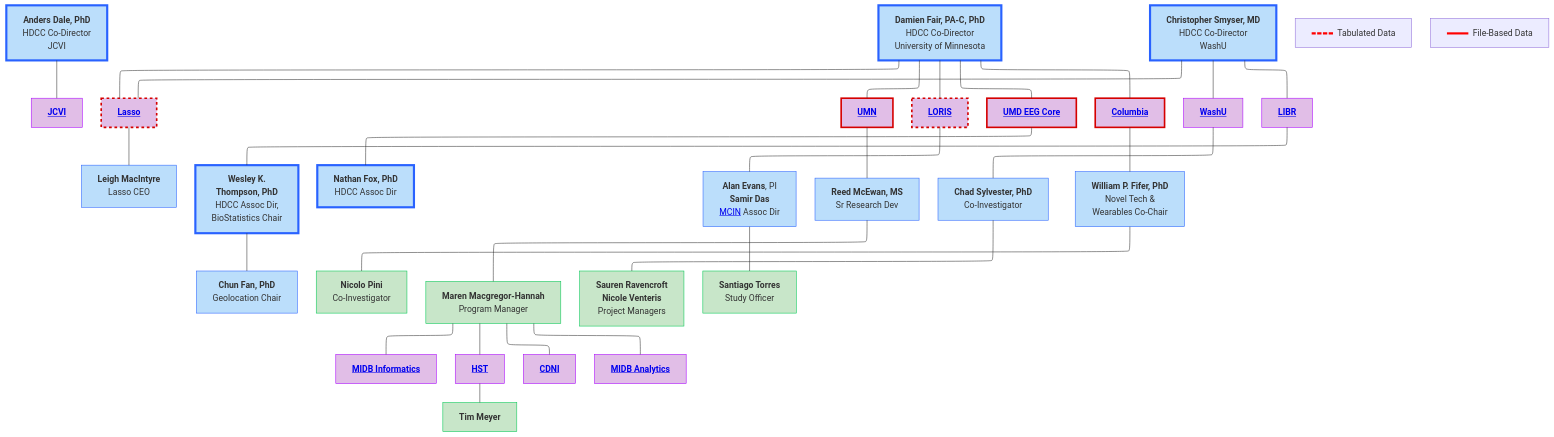
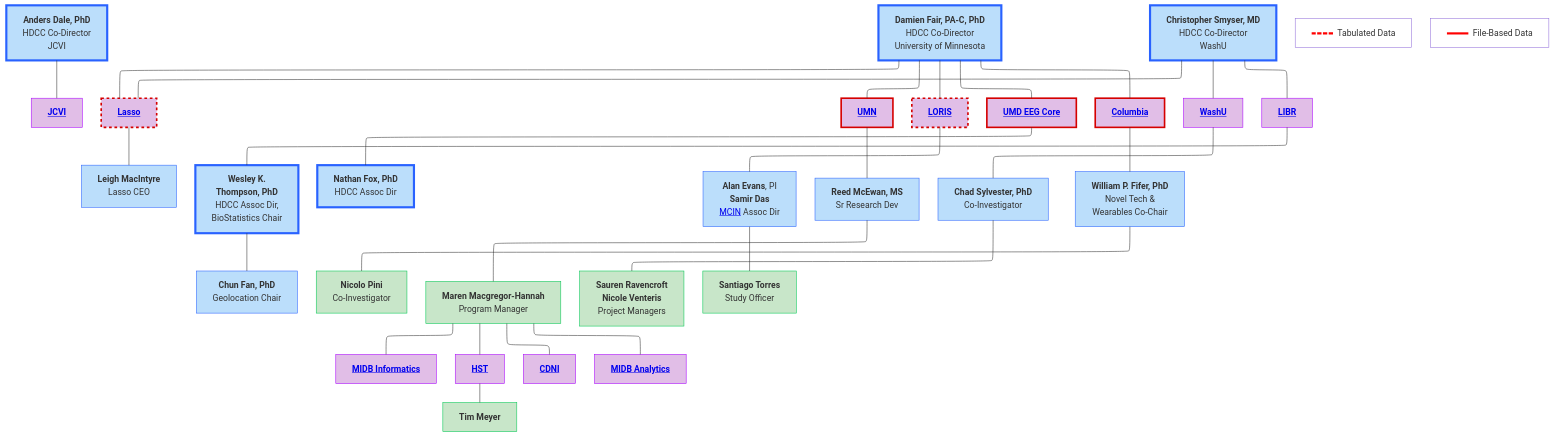
Before and after one commit to DCAN-Labs/hbcd-docs-internal: the diagram in docs/temp.md, drawn with Mermaid.

````diff
--- a/docs/temp.md
+++ b/docs/temp.md
@@ -1,69 +1,71 @@
 ```mermaid
 ---
 config:
   layout: elk
 ---
 flowchart TB
     n2["<b>Anders Dale, PhD<br></b>HDCC Co-Director<br>JCVI"] --- jcvi["<a href="#j-craig-venter-institute" target="_top"><b>JCVI</b></a>"]
     E["<b>Damien Fair, PA-C, PhD</b><br>HDCC Co-Director<br>University of Minnesota"] --- lasso["<a href="#lasso" target="_top"><b>Lasso</b></a>"] & umn["<a href="#university-of-minnesota" target="_top"><b>UMN</b></a>"] & n7["<a href="#loris" target="_top"><b>LORIS</b></a>"] & n8["<a href="#university-of-maryland" target="_top"><b>UMD EEG Core</b></a>"] & n11["<a href="#columbia-university" target="_top"><b>Columbia</b></a>"]
     lasso --- lasso1["<b>Leigh MacIntyre</b><br>Lasso CEO"]
     n1["<b>Christopher Smyser, MD<br></b>HDCC Co-Director<br>WashU"] --- n10["<a href="#washu" target="_top"><b>WashU</b></a>"] & n12["<a href="#libr" target="_top"><b>LIBR</b></a>"] & lasso
     n16["<b>Wesley K.<br>Thompson, PhD</b><br>HDCC Assoc Dir,<br>BioStatistics Chair"] --- n17["<b>Chun Fan, PhD</b><br>Geolocation Chair"]
     n12 --- n16
     n8 --- n19["<b>Nathan Fox, PhD<br></b>HDCC Assoc Dir"]
     n7 --- n20["<b>Alan Evans</b>, PI<br><b>Samir Das</b><br><a href="https://mcin.ca/about-mcin/" target="_blank">MCIN</a> Assoc Dir"]
     umn --- reed["<b>Reed McEwan, MS</b><br>Sr Research Dev"]
     n10 --- n22["<b>Chad Sylvester, PhD</b><br>Co-Investigator"]
     n11 --- n18["<b>William P. Fifer, PhD</b><br>Novel Tech &<br>Wearables Co-Chair"]
     n18 --- n34["<b>Nicolo Pini</b><br>Co-Investigator"]
     reed --- n30["<b>Maren Macgregor-Hannah</b><br>Program Manager"]
     n30 --- n25["<a href="#midb-informatics-hub-msi" target="_top"><b>MIDB Informatics</b></a>"]
     n30 --- n27["<a href="#health-sciences-technology" target="_top"><b>HST</b></a>"]
     n30 --- n28["<a href="#center-for-developmental-neuroimaging" target="_top"><b>CDNI</b></a>"]
     n30 --- n29["<a href="#midb-analytics-hub" target="_top"><b>MIDB Analytics</b></a>"]
     n27 --- n31["<b>Tim Meyer</b>"]
     n22 --- n32["<b>Sauren Ravencroft<br>Nicole Venteris</b><br>Project Managers"]
     n20 --- n33["<b>Santiago Torres</b><br>Study Officer"]
     n36["<span style="display: inline-block; border-top: 4px dashed red; width: 40px; vertical-align: middle; margin-right: 8px;"></span><span>Tabulated Data</span>"]
     n37["<span style="display: inline-block; border-top: 4px solid red; width: 40px; vertical-align: middle; margin-right: 8px;"></span><span>File-Based Data</span>"]
+    style n36 fill:#FFFFFF
+    style n37 fill:#FFFFFF
     style n2 fill:#BBDEFB,stroke:#2962FF,stroke-width:4px
     style jcvi fill:#E1BEE7,stroke:#AA00FF
     style E fill:#BBDEFB,stroke:#2962FF,stroke-width:4px
     style lasso fill:#E1BEE7,stroke:#D50000,stroke-width:3px,stroke-dasharray: 5
     style umn fill:#E1BEE7,stroke:#D50000,stroke-width:3px,stroke-dasharray: 0
     style n7 fill:#E1BEE7,stroke:#D50000,stroke-width:3px,stroke-dasharray: 5
     style n8 fill:#E1BEE7,stroke:#D50000,stroke-width:3px,stroke-dasharray: 0
     style n11 fill:#E1BEE7,stroke:#D50000,stroke-width:3px,stroke-dasharray: 0
     style lasso1 fill:#BBDEFB,stroke:#2962FF
     style n1 fill:#BBDEFB,stroke:#2962FF,stroke-width:4px
     style n10 fill:#E1BEE7,stroke:#AA00FF
     style n12 fill:#E1BEE7,stroke:#AA00FF
     style n16 fill:#BBDEFB,stroke:#2962FF,stroke-width:4px
     style n17 fill:#BBDEFB,stroke:#2962FF
     style n19 fill:#BBDEFB,stroke:#2962FF,stroke-width:4px
     style n20 fill:#BBDEFB,stroke:#2962FF
     style reed fill:#BBDEFB,stroke:#2962FF
     style n22 fill:#BBDEFB,stroke:#2962FF
     style n18 fill:#BBDEFB,stroke:#2962FF
     style n25 fill:#E1BEE7,stroke:#AA00FF
     style n27 fill:#E1BEE7,stroke:#AA00FF
     style n28 fill:#E1BEE7,stroke:#AA00FF
     style n29 fill:#E1BEE7,stroke:#AA00FF
     style n30 fill:#C8E6C9,stroke:#00C853
     style n31 fill:#C8E6C9,stroke:#00C853
     style n32 fill:#C8E6C9,stroke:#00C853
     style n33 fill:#C8E6C9,stroke:#00C853
     style n34 fill:#C8E6C9,stroke:#00C853
     click jcvi "#j-craig-venter-institute"
     click lasso "#lasso"
     click umn "#university-of-minnesota"
     click n7 "#loris"
     click n8 "#university-of-maryland"
     click n10 "#washu"
     click n25 "#midb-informatics-hub-msi"
     click n29 "#midb-analytics-hub"
     click n27 "#health-sciences-technology"
     click n28 "#center-for-developmental-neuroimaging"
     click n12 "#libr"
     click n11 "#columbia-university"
 ```
````
